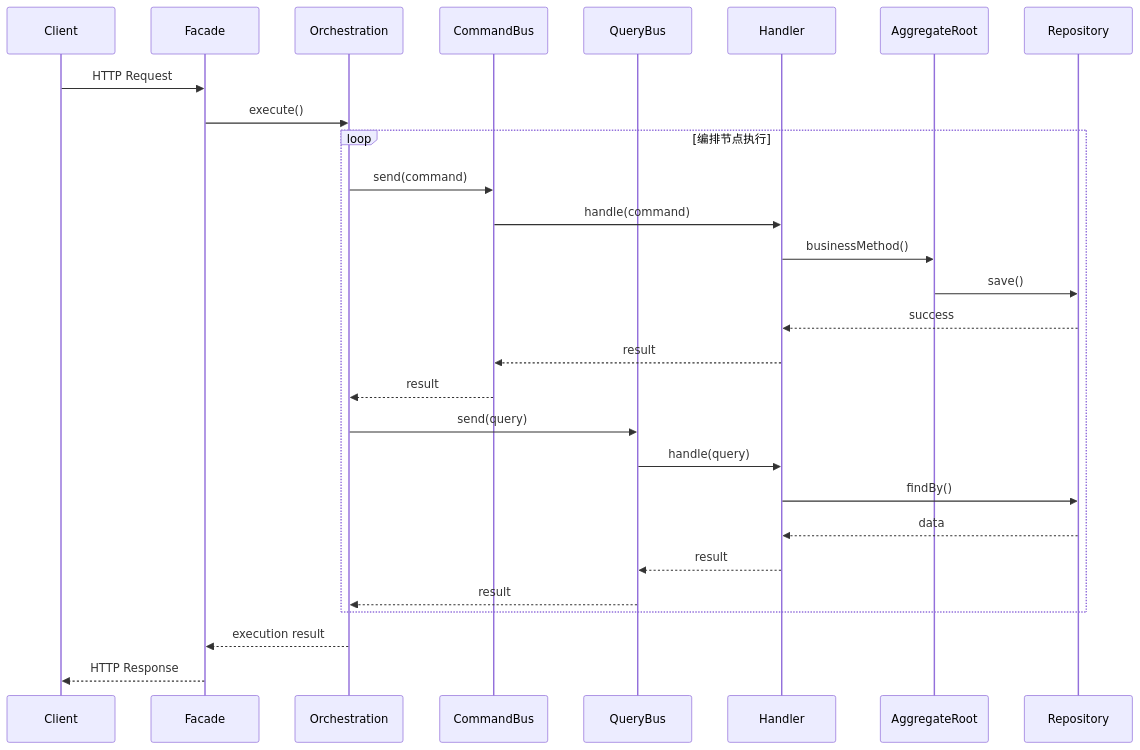
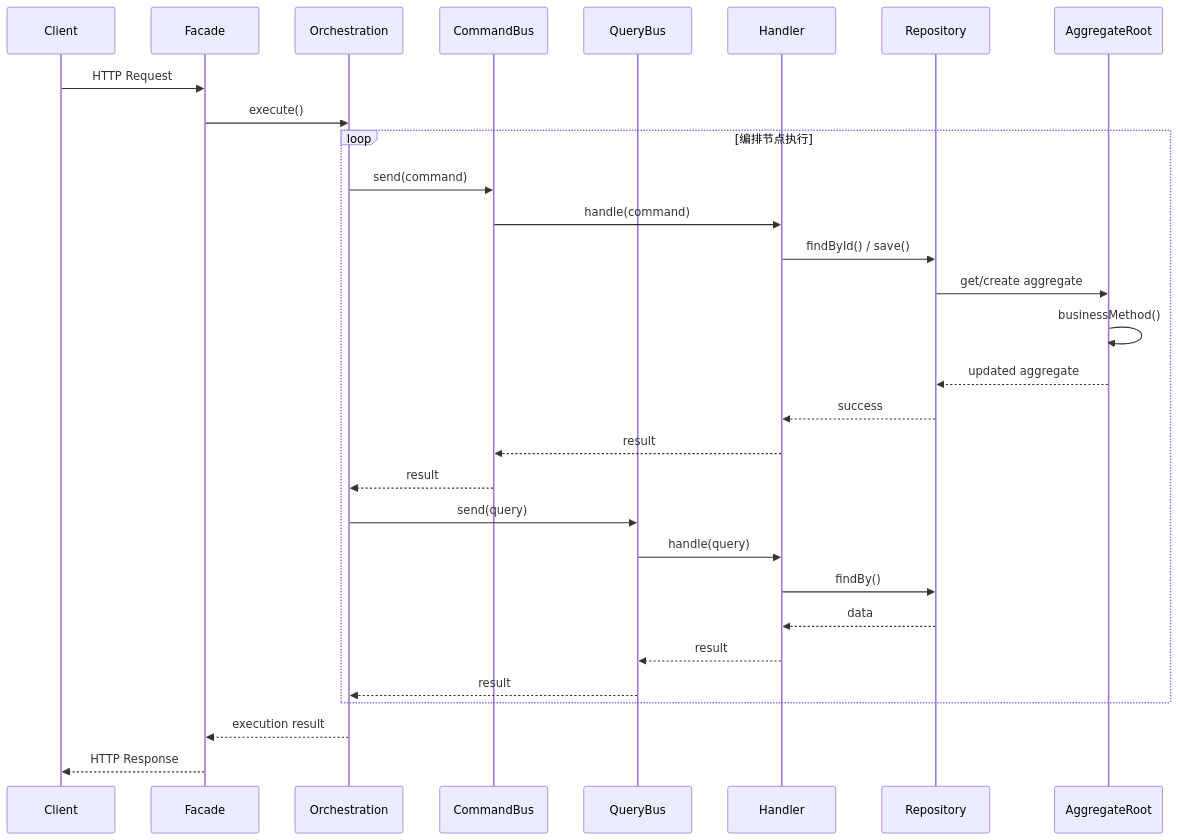
One commit to ANTHEM37/ddd-project changed the fourth of 8 diagrams in ddd-framework/README.md. Above: the diagram before and after it, drawn with Mermaid. The commit also changed other lines of this file, not shown here.

First line of the commit message:
docs(ddd-framework): 更新 README 中的架构图和序列图

````diff
--- a/ddd-framework/README.md
+++ b/ddd-framework/README.md
@@ -183,34 +185,36 @@
 ```mermaid
 sequenceDiagram
     participant Client
     participant Facade
     participant Orchestration
     participant CommandBus
     participant QueryBus
     participant Handler
+    participant Repository
     participant AggregateRoot
-    participant Repository
     
     Client->>Facade: HTTP Request
     Facade->>Orchestration: execute()
     
     loop 编排节点执行
         Orchestration->>CommandBus: send(command)
         CommandBus->>Handler: handle(command)
-        Handler->>AggregateRoot: businessMethod()
-        AggregateRoot->>Repository: save()
+        Handler->>Repository: findById() / save()
+        Repository->>AggregateRoot: get/create aggregate
+        AggregateRoot->>AggregateRoot: businessMethod()
+        AggregateRoot-->>Repository: updated aggregate
         Repository-->>Handler: success
         Handler-->>CommandBus: result
         CommandBus-->>Orchestration: result
         
         Orchestration->>QueryBus: send(query)
         QueryBus->>Handler: handle(query)
         Handler->>Repository: findBy()
         Repository-->>Handler: data
         Handler-->>QueryBus: result
         QueryBus-->>Orchestration: result
     end
     
     Orchestration-->>Facade: execution result
     Facade-->>Client: HTTP Response
 ```
````
